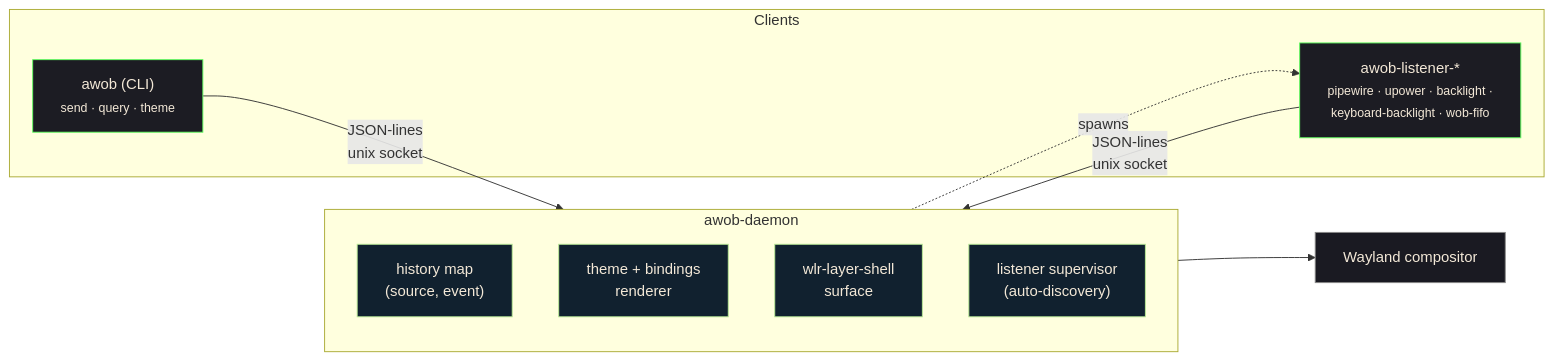
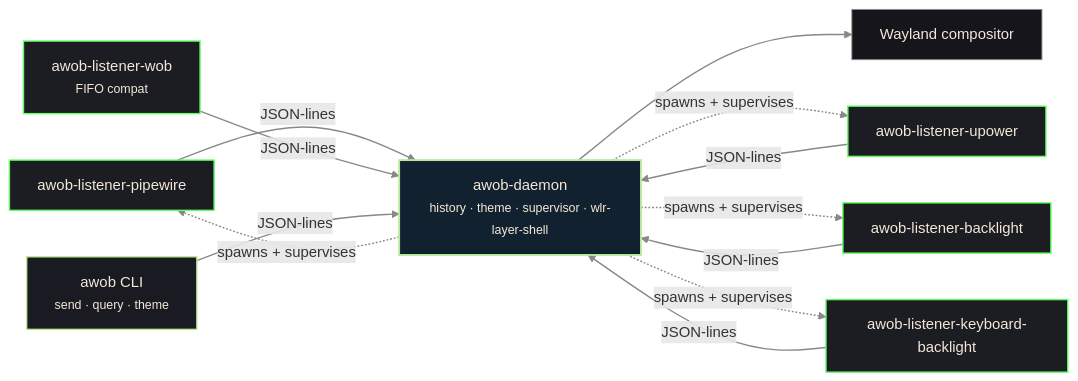
Before and after one commit to jmylchreest/awob: the diagram in docs/docs/usage.md, drawn with Mermaid. The commit also changed other lines of this file and 3 other files, not shown here.

````diff
--- a/docs/docs/usage.md
+++ b/docs/docs/usage.md
@@ -13,29 +13,36 @@
 ```mermaid
 flowchart LR
-    subgraph clients["Clients"]
-        L["awob-listener-*<br/><small>pipewire · upower · backlight ·<br/>keyboard-backlight · wob-fifo</small>"]
-        C["awob (CLI)<br/><small>send · query · theme</small>"]
-    end
+    PW[awob-listener-pipewire]
+    UP[awob-listener-upower]
+    BL[awob-listener-backlight]
+    KB[awob-listener-keyboard-backlight]
+    WB[awob-listener-wob<br/><small>FIFO compat</small>]
+    CLI[awob CLI<br/><small>send · query · theme</small>]
 
-    subgraph daemon["awob-daemon"]
-        direction TB
-        H["history map<br/>(source, event)"]
-        T["theme + bindings<br/>renderer"]
-        S["wlr-layer-shell<br/>surface"]
-        SUP["listener supervisor<br/>(auto-discovery)"]
-    end
+    D[awob-daemon<br/><small>history · theme · supervisor · wlr-layer-shell</small>]
+    W[Wayland compositor]
 
-    W["Wayland compositor"]
+    PW  --JSON-lines--> D
+    UP  --JSON-lines--> D
+    BL  --JSON-lines--> D
+    KB  --JSON-lines--> D
+    WB  --JSON-lines--> D
+    CLI --JSON-lines--> D
+    D --> W
 
-    L -->|JSON-lines<br/>unix socket| daemon
-    C -->|JSON-lines<br/>unix socket| daemon
-    daemon --> W
-    SUP -.spawns.-> L
+    D -.spawns + supervises.-> PW
+    D -.spawns + supervises.-> UP
+    D -.spawns + supervises.-> BL
+    D -.spawns + supervises.-> KB
 
-    classDef box fill:#1c1c23,stroke:#5fff5f,color:#f3e8d7;
-    classDef daemonBox fill:#11212f,stroke:#baea96,color:#f3e8d7;
-    classDef wayland fill:#1a1a22,stroke:#888,color:#f3e8d7;
-    class L,C box;
-    class H,T,S,SUP daemonBox;
+    classDef listener fill:#1c1c23,stroke:#5fff5f,color:#f3e8d7,stroke-width:1.5px;
+    classDef cli      fill:#1a1a22,stroke:#baea96,color:#f3e8d7,stroke-width:1.5px;
+    classDef daemon   fill:#11212f,stroke:#baea96,color:#f3e8d7,stroke-width:2px;
+    classDef wayland  fill:#15151b,stroke:#888,color:#f3e8d7;
+    class PW,UP,BL,KB,WB listener;
+    class CLI cli;
+    class D daemon;
     class W wayland;
+
+    linkStyle default stroke:#888,stroke-width:1.5px;
 ```
````
